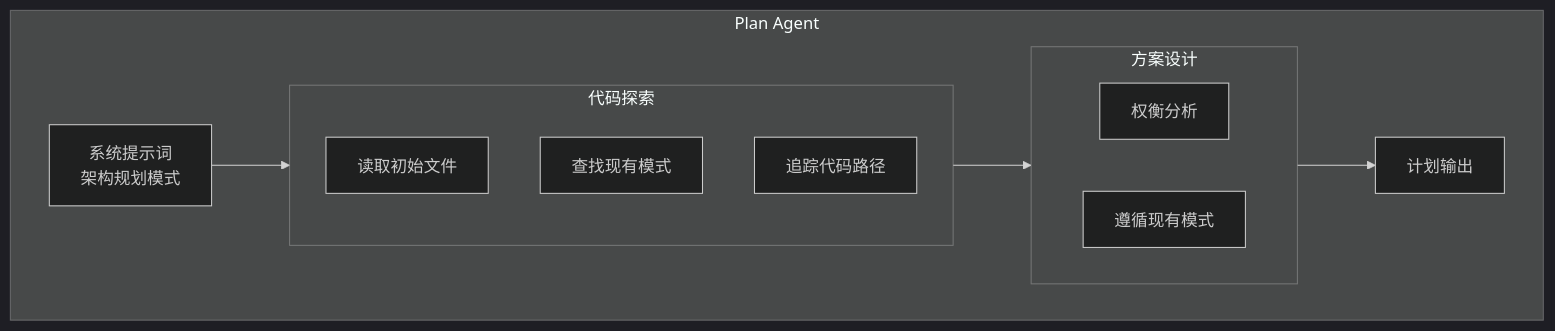
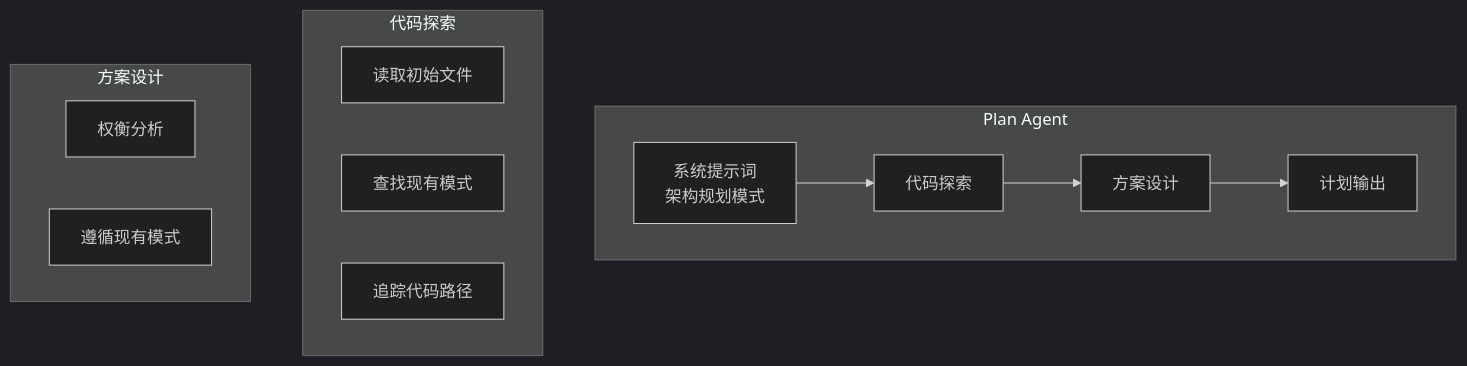
The first of 2 diagrams in .nium-wiki/wiki/agent/built-in/plan-agent.md (niuma996/claude-code-sourcemap-wiki), drawn with Mermaid (dark theme) before and after one commit. The commit also changed 1976 other files, not shown here.

````diff
--- a/.nium-wiki/wiki/agent/built-in/plan-agent.md
+++ b/.nium-wiki/wiki/agent/built-in/plan-agent.md
@@ -40,21 +40,21 @@
 ```mermaid
 flowchart TB
     subgraph PlanAgent["Plan Agent"]
         SystemPrompt["系统提示词<br/>架构规划模式"]
         Exploration["代码探索"]
         Design["方案设计"]
         Planning["计划输出"]
     end
-    subgraph Exploration["代码探索"]
+    subgraph Exploration_sub["代码探索"]
         ReadFiles["读取初始文件"]
         FindPatterns["查找现有模式"]
         TracePaths["追踪代码路径"]
     end
-    subgraph Design["方案设计"]
+    subgraph Design_sub["方案设计"]
         Tradeoffs["权衡分析"]
         Patterns["遵循现有模式"]
     end
     SystemPrompt --> Exploration
     Exploration --> Design
     Design --> Planning
 ```
````
